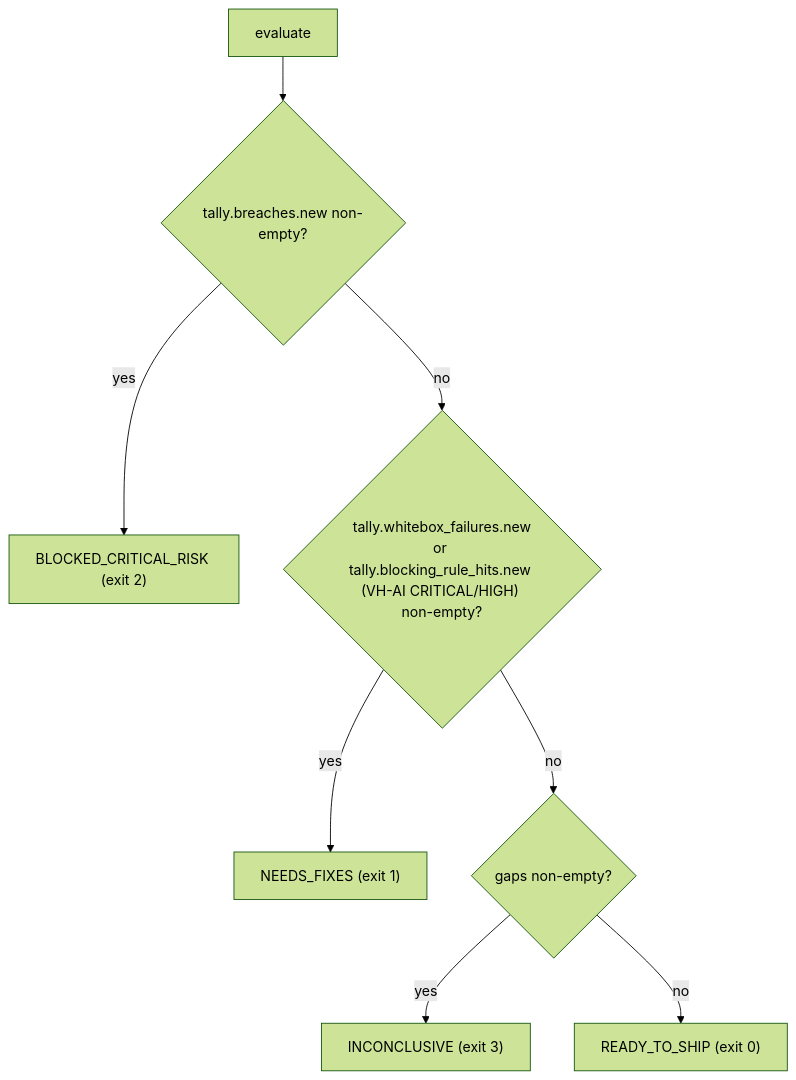
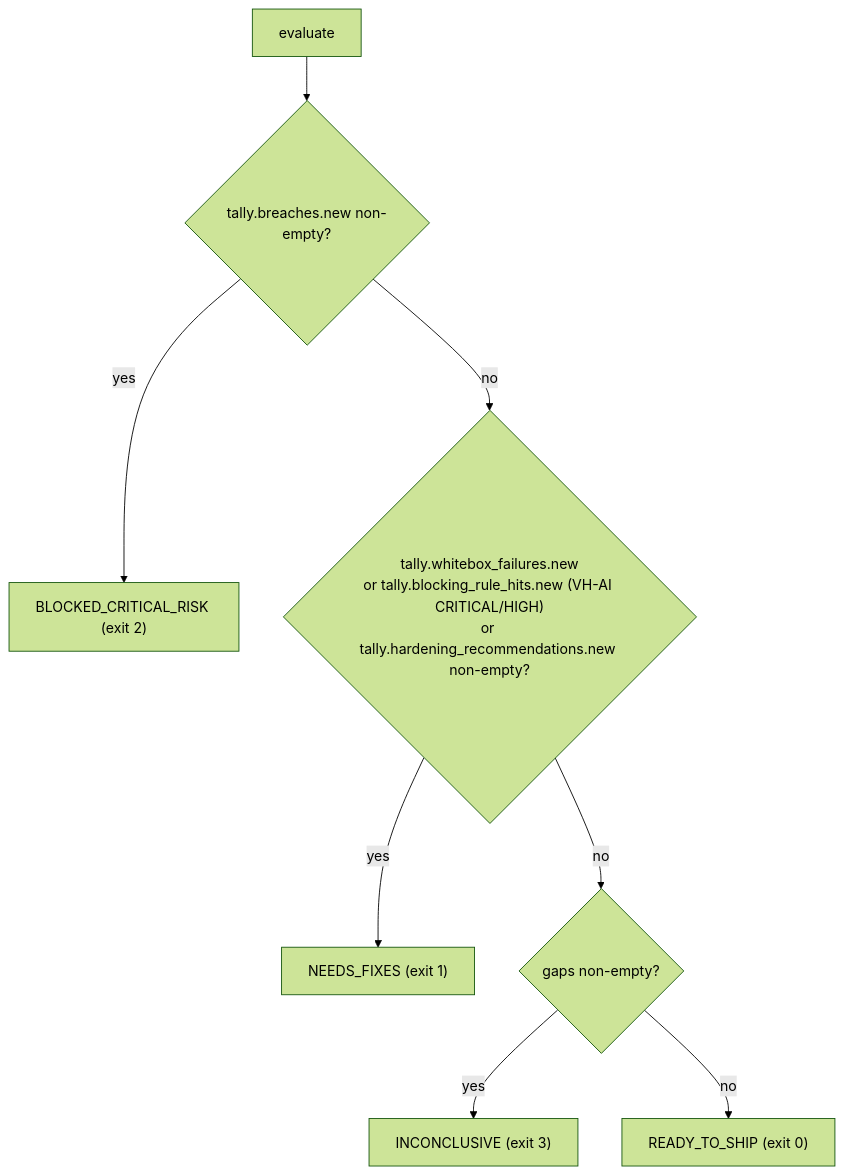
One commit to chinchiang/MultiAgentGama changed the third of 3 diagrams in docs/design.en.md. Above: the diagram before and after it, drawn with Mermaid (forest theme). The commit also changed other lines of this file and 3 other files, not shown here.

First line of the commit message:
docs: the design documents and both CHANGELOGs describe Hardening recommendations, and re-cite their references

````diff
--- a/docs/design.en.md
+++ b/docs/design.en.md
@@ -594,10 +595,10 @@
 ```mermaid
 flowchart TD
     S["evaluate"] --> B{"tally.breaches.new non-empty?"}
     B -- yes --> BLK["BLOCKED_CRITICAL_RISK (exit 2)"]
-    B -- no --> N{"tally.whitebox_failures.new<br/>or tally.blocking_rule_hits.new (VH-AI CRITICAL/HIGH) non-empty?"}
+    B -- no --> N{"tally.whitebox_failures.new<br/>or tally.blocking_rule_hits.new (VH-AI CRITICAL/HIGH)<br/>or tally.hardening_recommendations.new non-empty?"}
     N -- yes --> NF["NEEDS_FIXES (exit 1)"]
     N -- no --> I{"gaps non-empty?"}
     I -- yes --> INC["INCONCLUSIVE (exit 3)"]
     I -- no --> R["READY_TO_SHIP (exit 0)"]
 ```
````
